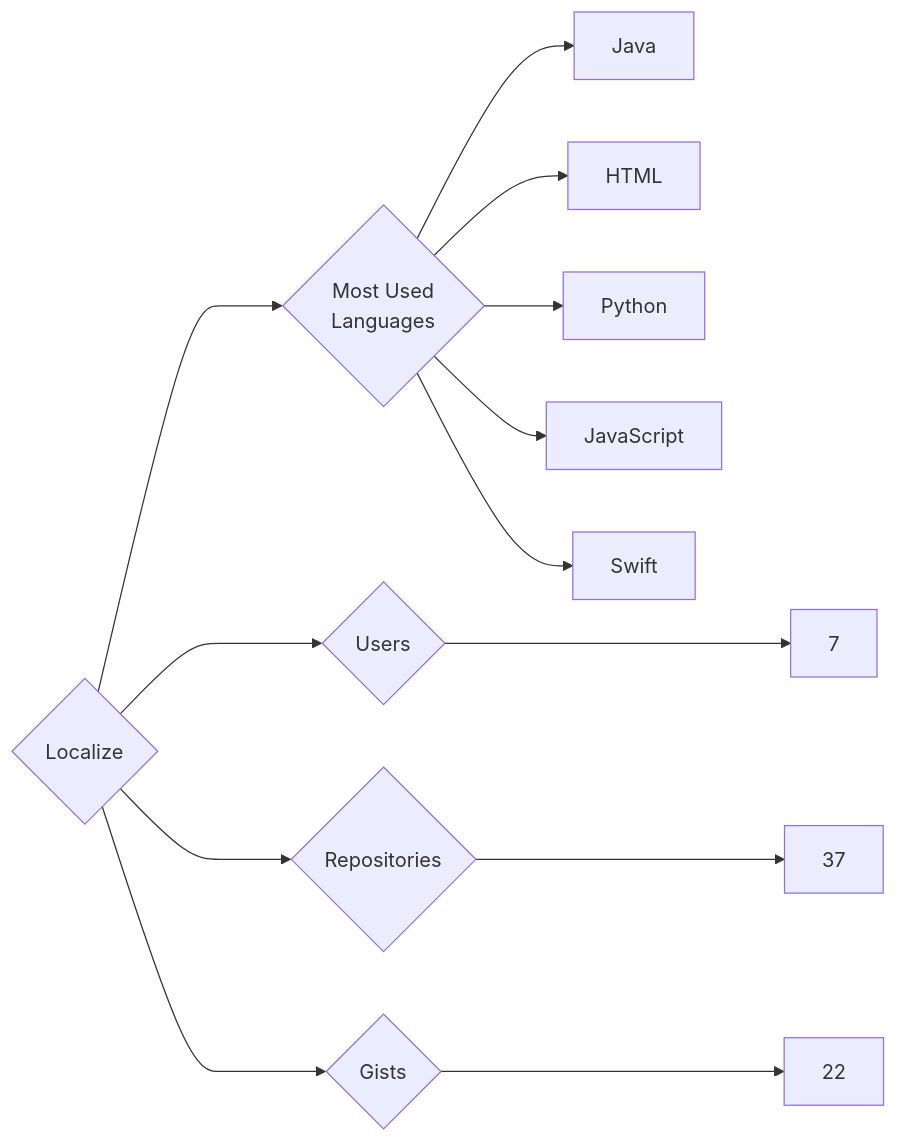
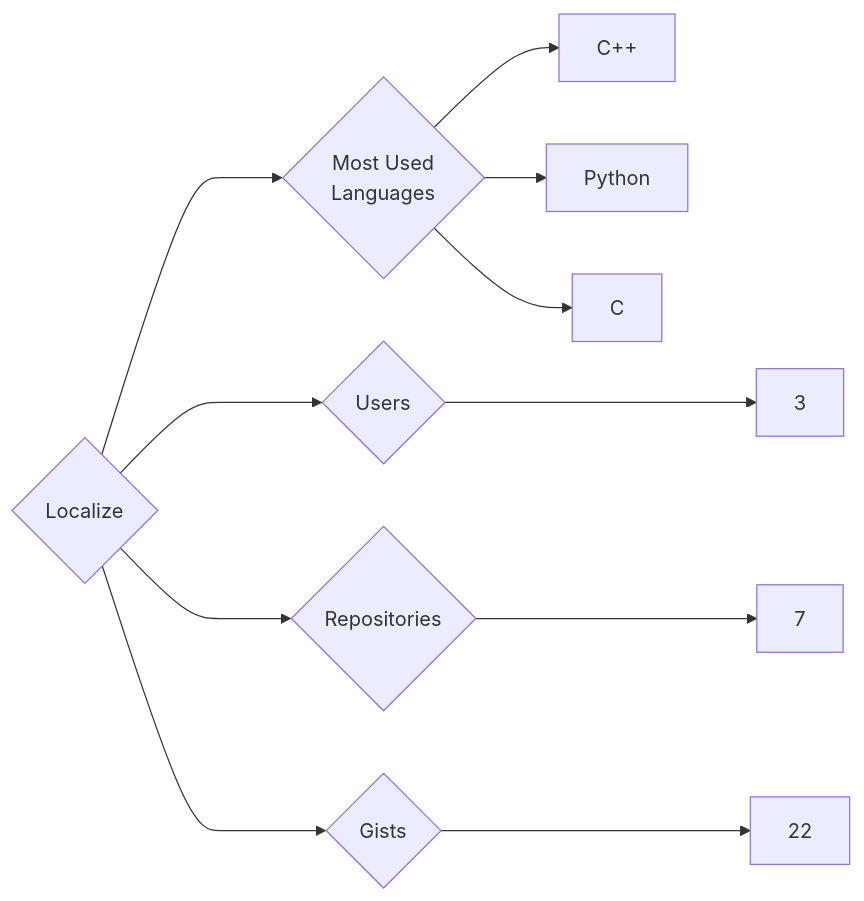
The diagram in targets/Localize/README.md (trickest/insiders), drawn with Mermaid before and after one commit. The commit also changed 545 other files, not shown here.

````diff
--- a/targets/Localize/README.md
+++ b/targets/Localize/README.md
@@ -3,13 +3,11 @@
 ```mermaid
 graph LR
 COMPANY_NAME{Localize}
-COMPANY_NAME ---> U{Users} ---> UN[7]
-COMPANY_NAME ---> R{Repositories} ---> RN[37]
+COMPANY_NAME ---> U{Users} ---> UN[3]
+COMPANY_NAME ---> R{Repositories} ---> RN[7]
 COMPANY_NAME ---> G{Gists} ---> GN[22]
 COMPANY_NAME ---> ML{Most Used<br>Languages}
-ML --> Java[Java]
-ML --> HTML[HTML]
+ML --> C++[C++]
 ML --> Python[Python]
-ML --> JavaScript[JavaScript]
-ML --> Swift[Swift]
+ML --> C[C]
 ```
````
